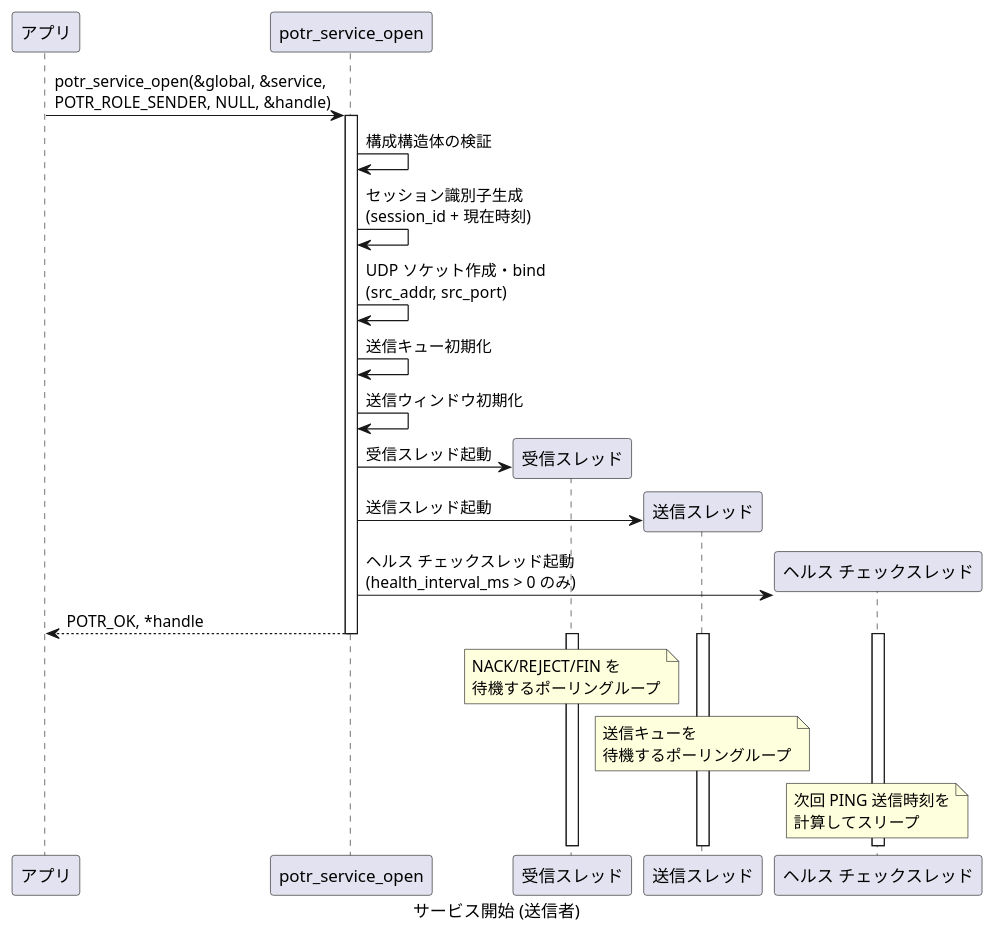
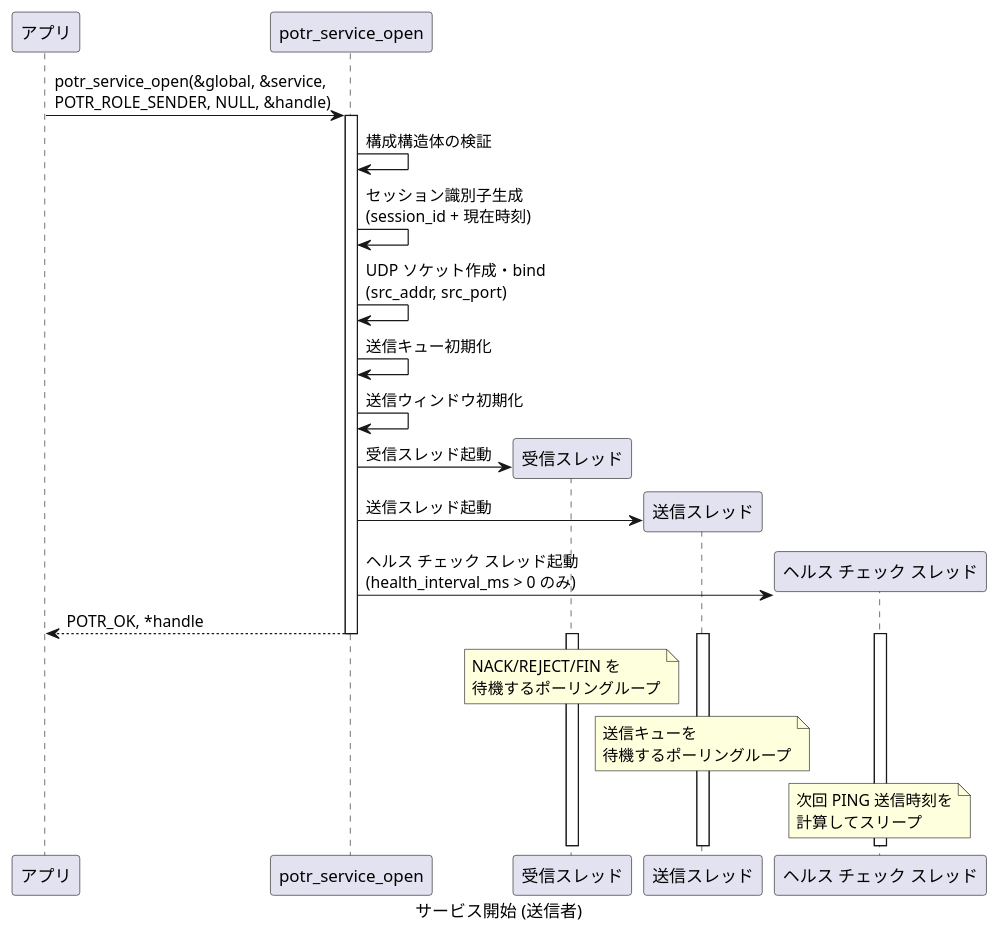
Before and after one commit to Hondarer/app_porter: the first of 6 diagrams in docs/sequence-lifecycle.md, drawn with PlantUML. The commit also changed other lines of this file and 29 other files, not shown here.

First line of the commit message:
style: ヘルスチェックを「ヘルス チェック」へそろえ、コメントを text_style_jp で整える

````diff
--- a/docs/sequence-lifecycle.md
+++ b/docs/sequence-lifecycle.md
@@ -9,36 +9,36 @@
 ```plantuml
 @startuml サービス開始 (送信者)
 caption サービス開始 (送信者)
 
 participant "アプリ" as APP
 participant "potr_service_open" as OPEN
 participant "受信スレッド" as RT
 participant "送信スレッド" as ST
-participant "ヘルス チェックスレッド" as HT
+participant "ヘルス チェック スレッド" as HT
 
 APP -> OPEN: potr_service_open(&global, &service,\nPOTR_ROLE_SENDER, NULL, &handle)
 
 activate OPEN
 OPEN -> OPEN: 構成構造体の検証
 OPEN -> OPEN: セッション識別子生成\n(session_id + 現在時刻)
 OPEN -> OPEN: UDP ソケット作成・bind\n(src_addr, src_port)
 OPEN -> OPEN: 送信キュー初期化
 OPEN -> OPEN: 送信ウィンドウ初期化
 
 OPEN -> RT**: 受信スレッド起動
 OPEN -> ST**: 送信スレッド起動
-OPEN -> HT**: ヘルス チェックスレッド起動\n(health_interval_ms > 0 のみ)
+OPEN -> HT**: ヘルス チェック スレッド起動\n(health_interval_ms > 0 のみ)
 
 OPEN --> APP: POTR_OK, *handle
 deactivate OPEN
 
 activate RT
 activate ST
 activate HT
 
 note over RT: NACK/REJECT/FIN を\n待機するポーリングループ
 note over ST: 送信キューを\n待機するポーリングループ
 note over HT: 次回 PING 送信時刻を\n計算してスリープ
 
 @enduml
 ```
````
